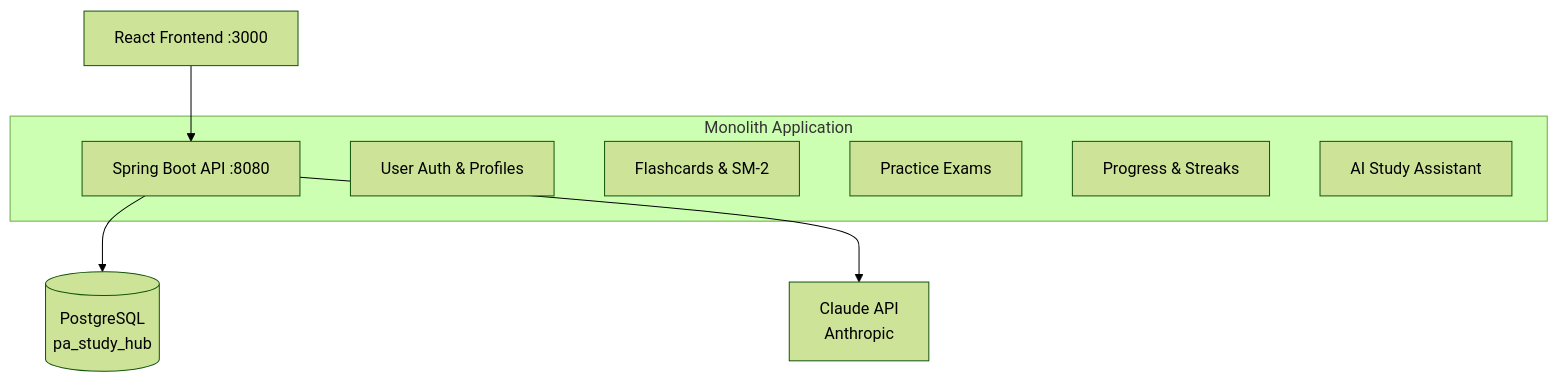
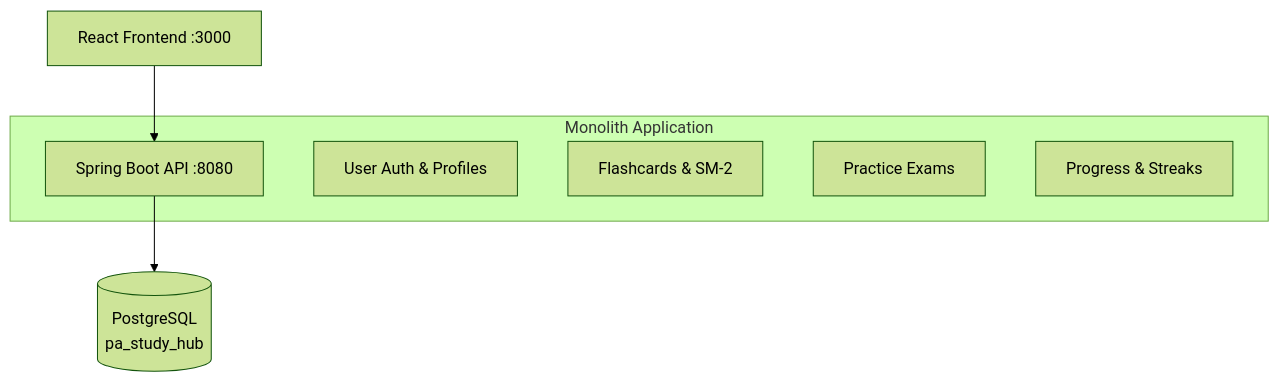
Before and after one commit to SamaadTurner/pa-study-hub: the diagram in README.md, drawn with Mermaid (forest theme). The commit also changed other lines of this file, not shown here.

````diff
--- a/README.md
+++ b/README.md
@@ -19,15 +19,13 @@
 ```mermaid
 graph TB
     FE[React Frontend :3000] --> API[Spring Boot API :8080]
     API --> DB[(PostgreSQL\npa_study_hub)]
-    API --> CLAUDE[Claude API\nAnthropic]
 
     subgraph Monolith Application
         API
         US[User Auth & Profiles]
         FS[Flashcards & SM-2]
         ES[Practice Exams]
         PS[Progress & Streaks]
-        AI[AI Study Assistant]
     end
 ```
````
